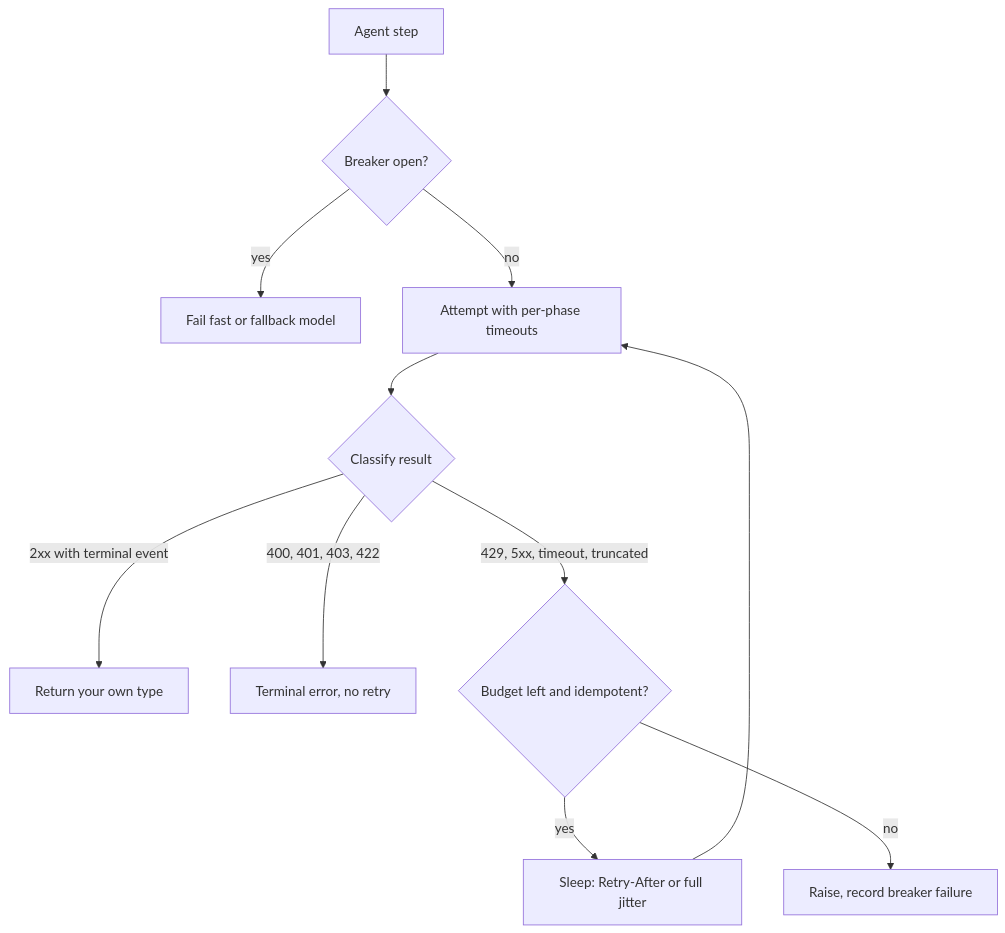
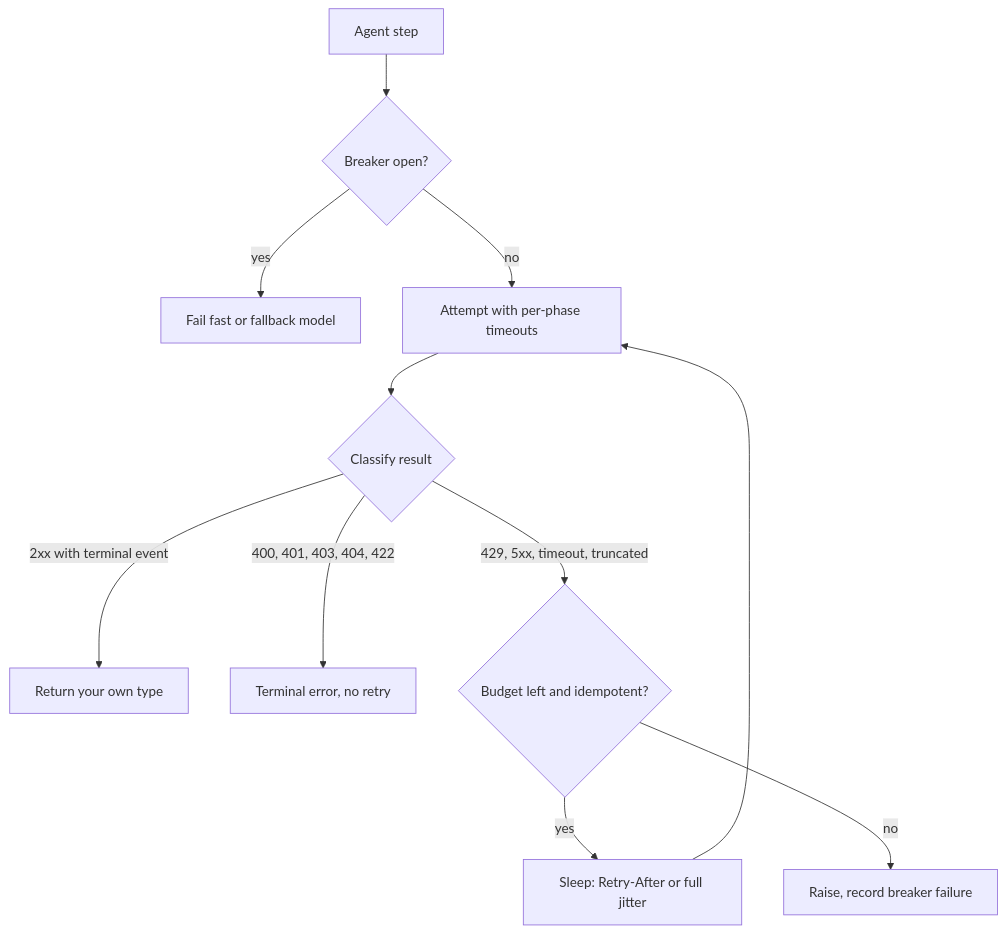
Before and after one commit to lovishmahajan97/agentic-learning: the diagram in content/backend-fundamentals/api-and-sdk-integration.md, drawn with Mermaid. The commit also changed other lines of this file and 348 other files, not shown here.

````diff
--- a/content/backend-fundamentals/api-and-sdk-integration.md
+++ b/content/backend-fundamentals/api-and-sdk-integration.md
@@ -141,13 +141,13 @@
 ```mermaid
 flowchart TD
     C["Agent step"] --> B{"Breaker open?"}
     B -->|"yes"| F["Fail fast or fallback model"]
     B -->|"no"| A["Attempt with per-phase timeouts"]
     A --> K{"Classify result"}
     K -->|"2xx with terminal event"| OK["Return your own type"]
-    K -->|"400, 401, 403, 422"| T["Terminal error, no retry"]
+    K -->|"400, 401, 403, 404, 422"| T["Terminal error, no retry"]
     K -->|"429, 5xx, timeout, truncated"| R{"Budget left and idempotent?"}
     R -->|"yes"| S["Sleep: Retry-After or full jitter"]
     S --> A
     R -->|"no"| E["Raise, record breaker failure"]
 ```
````
